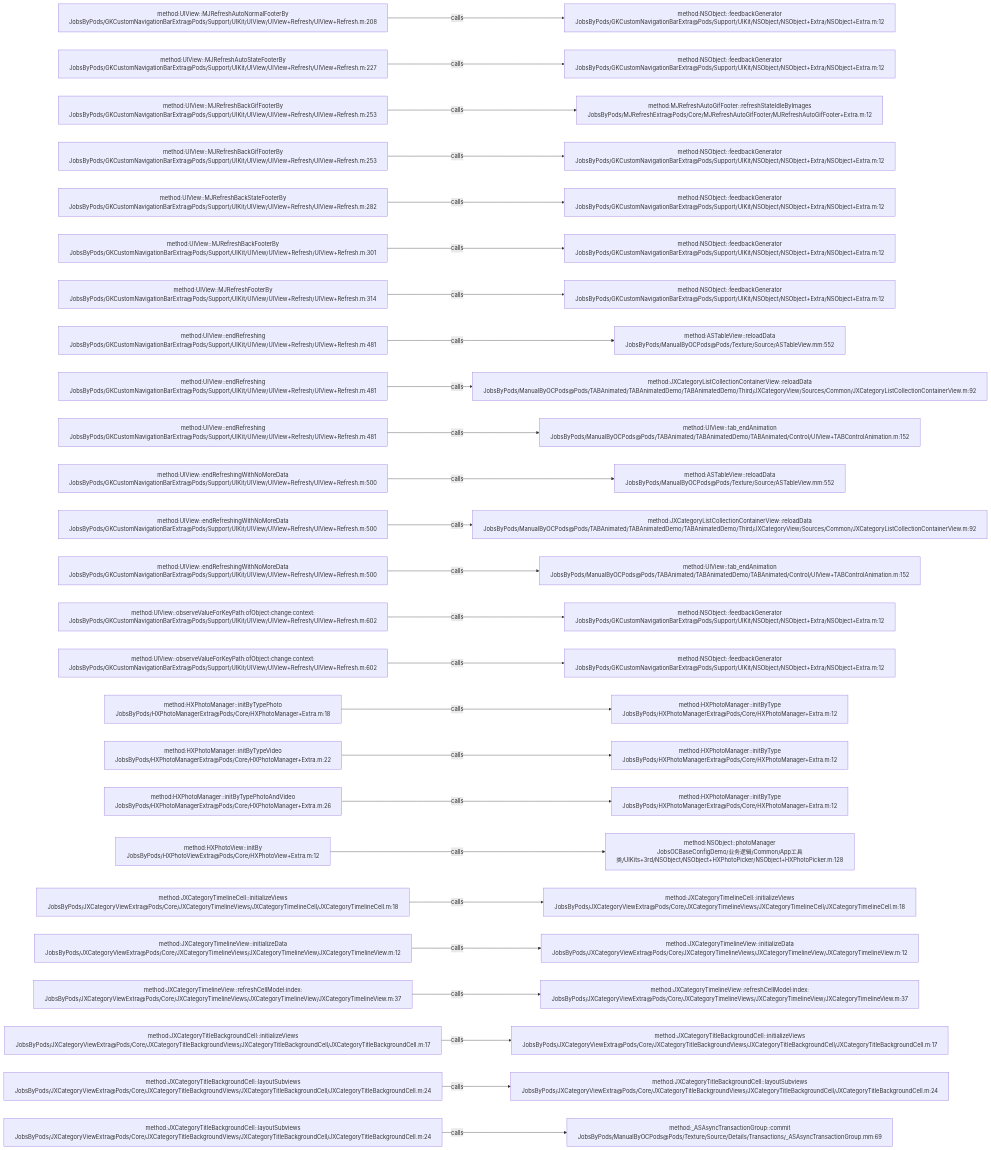
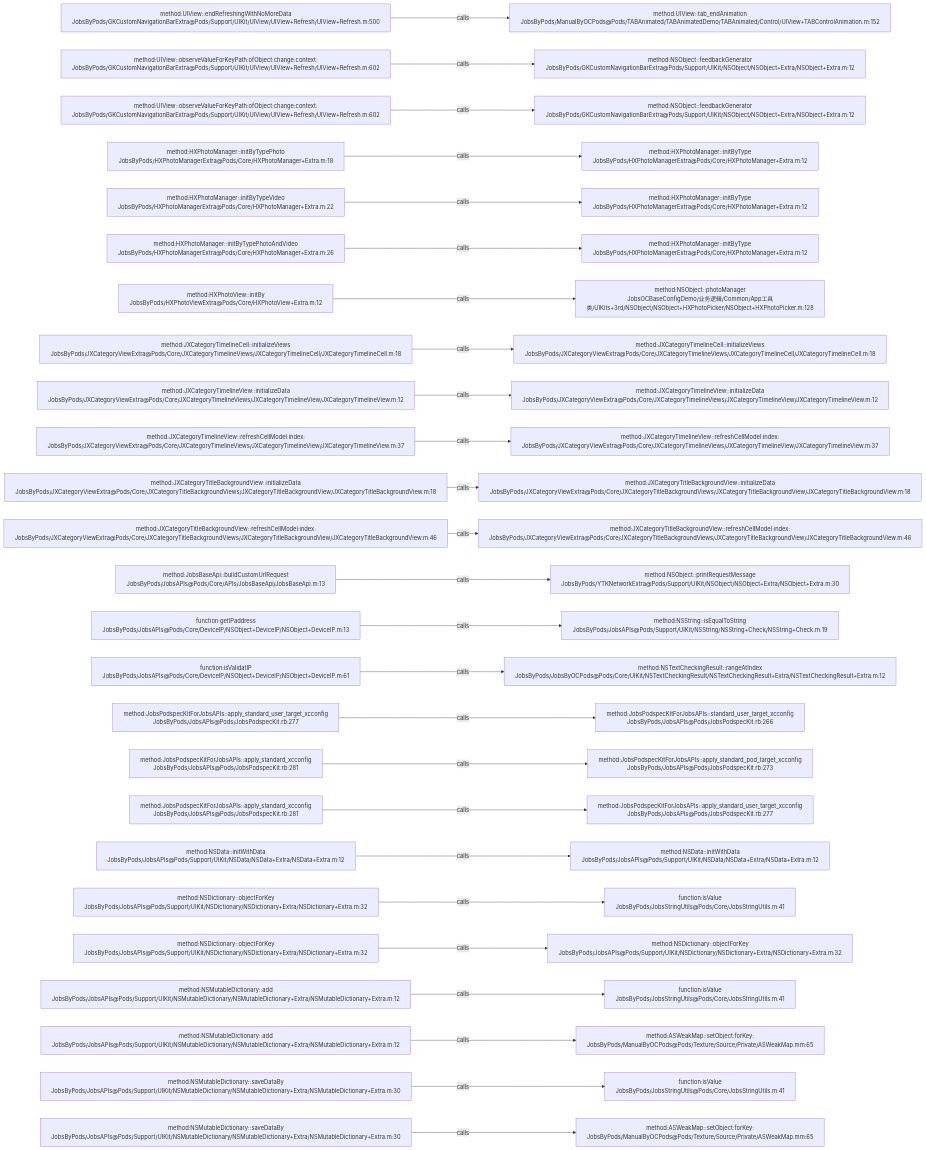
The diagram in .codegraph/codegraph.md/graphs/calls-011.md (JobsKits/JobsOCBaseConfigDemo), drawn with Mermaid before and after one commit. The commit also changed 639 other files, not shown here.

````diff
--- a/.codegraph/codegraph.md/graphs/calls-011.md
+++ b/.codegraph/codegraph.md/graphs/calls-011.md
@@ -13,78 +13,78 @@
 ```mermaid
 flowchart LR
-  S1["method:UIView::MJRefreshAutoNormalFooterBy<br/>JobsByPods/GKCustomNavigationBarExtra@Pods/Support/UIKit/UIView/UIView+Refresh/UIView+Refresh.m:208"]
-  T1["method:NSObject::feedbackGenerator<br/>JobsByPods/GKCustomNavigationBarExtra@Pods/Support/UIKit/NSObject/NSObject+Extra/NSObject+Extra.m:12"]
+  S1["method:UIView::endRefreshingWithNoMoreData<br/>JobsByPods/GKCustomNavigationBarExtra@Pods/Support/UIKit/UIView/UIView+Refresh/UIView+Refresh.m:500"]
+  T1["method:UIView::tab_endAnimation<br/>JobsByPods/ManualByOCPods@Pods/TABAnimated/TABAnimatedDemo/TABAnimated/Control/UIView+TABControlAnimation.m:152"]
   S1 -->|calls| T1
-  S2["method:UIView::MJRefreshAutoStateFooterBy<br/>JobsByPods/GKCustomNavigationBarExtra@Pods/Support/UIKit/UIView/UIView+Refresh/UIView+Refresh.m:227"]
+  S2["method:UIView::observeValueForKeyPath:ofObject:change:context:<br/>JobsByPods/GKCustomNavigationBarExtra@Pods/Support/UIKit/UIView/UIView+Refresh/UIView+Refresh.m:602"]
   T2["method:NSObject::feedbackGenerator<br/>JobsByPods/GKCustomNavigationBarExtra@Pods/Support/UIKit/NSObject/NSObject+Extra/NSObject+Extra.m:12"]
   S2 -->|calls| T2
-  S3["method:UIView::MJRefreshBackGifFooterBy<br/>JobsByPods/GKCustomNavigationBarExtra@Pods/Support/UIKit/UIView/UIView+Refresh/UIView+Refresh.m:253"]
-  T3["method:MJRefreshAutoGifFooter::refreshStateIdleByImages<br/>JobsByPods/MJRefreshExtra@Pods/Core/MJRefreshAutoGifFooter/MJRefreshAutoGifFooter+Extra.m:12"]
+  S3["method:UIView::observeValueForKeyPath:ofObject:change:context:<br/>JobsByPods/GKCustomNavigationBarExtra@Pods/Support/UIKit/UIView/UIView+Refresh/UIView+Refresh.m:602"]
+  T3["method:NSObject::feedbackGenerator<br/>JobsByPods/GKCustomNavigationBarExtra@Pods/Support/UIKit/NSObject/NSObject+Extra/NSObject+Extra.m:12"]
   S3 -->|calls| T3
-  S4["method:UIView::MJRefreshBackGifFooterBy<br/>JobsByPods/GKCustomNavigationBarExtra@Pods/Support/UIKit/UIView/UIView+Refresh/UIView+Refresh.m:253"]
-  T4["method:NSObject::feedbackGenerator<br/>JobsByPods/GKCustomNavigationBarExtra@Pods/Support/UIKit/NSObject/NSObject+Extra/NSObject+Extra.m:12"]
+  S4["method:HXPhotoManager::initByTypePhoto<br/>JobsByPods/HXPhotoManagerExtra@Pods/Core/HXPhotoManager+Extra.m:18"]
+  T4["method:HXPhotoManager::initByType<br/>JobsByPods/HXPhotoManagerExtra@Pods/Core/HXPhotoManager+Extra.m:12"]
   S4 -->|calls| T4
-  S5["method:UIView::MJRefreshBackStateFooterBy<br/>JobsByPods/GKCustomNavigationBarExtra@Pods/Support/UIKit/UIView/UIView+Refresh/UIView+Refresh.m:282"]
-  T5["method:NSObject::feedbackGenerator<br/>JobsByPods/GKCustomNavigationBarExtra@Pods/Support/UIKit/NSObject/NSObject+Extra/NSObject+Extra.m:12"]
+  S5["method:HXPhotoManager::initByTypeVideo<br/>JobsByPods/HXPhotoManagerExtra@Pods/Core/HXPhotoManager+Extra.m:22"]
+  T5["method:HXPhotoManager::initByType<br/>JobsByPods/HXPhotoManagerExtra@Pods/Core/HXPhotoManager+Extra.m:12"]
   S5 -->|calls| T5
-  S6["method:UIView::MJRefreshBackFooterBy<br/>JobsByPods/GKCustomNavigationBarExtra@Pods/Support/UIKit/UIView/UIView+Refresh/UIView+Refresh.m:301"]
-  T6["method:NSObject::feedbackGenerator<br/>JobsByPods/GKCustomNavigationBarExtra@Pods/Support/UIKit/NSObject/NSObject+Extra/NSObject+Extra.m:12"]
+  S6["method:HXPhotoManager::initByTypePhotoAndVideo<br/>JobsByPods/HXPhotoManagerExtra@Pods/Core/HXPhotoManager+Extra.m:26"]
+  T6["method:HXPhotoManager::initByType<br/>JobsByPods/HXPhotoManagerExtra@Pods/Core/HXPhotoManager+Extra.m:12"]
   S6 -->|calls| T6
-  S7["method:UIView::MJRefreshFooterBy<br/>JobsByPods/GKCustomNavigationBarExtra@Pods/Support/UIKit/UIView/UIView+Refresh/UIView+Refresh.m:314"]
-  T7["method:NSObject::feedbackGenerator<br/>JobsByPods/GKCustomNavigationBarExtra@Pods/Support/UIKit/NSObject/NSObject+Extra/NSObject+Extra.m:12"]
+  S7["method:HXPhotoView::initBy<br/>JobsByPods/HXPhotoViewExtra@Pods/Core/HXPhotoView+Extra.m:12"]
+  T7["method:NSObject::photoManager<br/>JobsOCBaseConfigDemo/业务逻辑/Common/App工具类/UIKits+3rd/NSObject/NSObject+HXPhotoPicker/NSObject+HXPhotoPicker.m:128"]
   S7 -->|calls| T7
-  S8["method:UIView::endRefreshing<br/>JobsByPods/GKCustomNavigationBarExtra@Pods/Support/UIKit/UIView/UIView+Refresh/UIView+Refresh.m:481"]
-  T8["method:ASTableView::reloadData<br/>JobsByPods/ManualByOCPods@Pods/Texture/Source/ASTableView.mm:552"]
+  S8["method:JXCategoryTimelineCell::initializeViews<br/>JobsByPods/JXCategoryViewExtra@Pods/Core/JXCategoryTimelineViews/JXCategoryTimelineCell/JXCategoryTimelineCell.m:18"]
+  T8["method:JXCategoryTimelineCell::initializeViews<br/>JobsByPods/JXCategoryViewExtra@Pods/Core/JXCategoryTimelineViews/JXCategoryTimelineCell/JXCategoryTimelineCell.m:18"]
   S8 -->|calls| T8
-  S9["method:UIView::endRefreshing<br/>JobsByPods/GKCustomNavigationBarExtra@Pods/Support/UIKit/UIView/UIView+Refresh/UIView+Refresh.m:481"]
-  T9["method:JXCategoryListCollectionContainerView::reloadData<br/>JobsByPods/ManualByOCPods@Pods/TABAnimated/TABAnimatedDemo/TABAnimatedDemo/Third/JXCategoryView/Sources/Common/JXCategoryListCollectionContainerView.m:92"]
+  S9["method:JXCategoryTimelineView::initializeData<br/>JobsByPods/JXCategoryViewExtra@Pods/Core/JXCategoryTimelineViews/JXCategoryTimelineView/JXCategoryTimelineView.m:12"]
+  T9["method:JXCategoryTimelineView::initializeData<br/>JobsByPods/JXCategoryViewExtra@Pods/Core/JXCategoryTimelineViews/JXCategoryTimelineView/JXCategoryTimelineView.m:12"]
   S9 -->|calls| T9
-  S10["method:UIView::endRefreshing<br/>JobsByPods/GKCustomNavigationBarExtra@Pods/Support/UIKit/UIView/UIView+Refresh/UIView+Refresh.m:481"]
-  T10["method:UIView::tab_endAnimation<br/>JobsByPods/ManualByOCPods@Pods/TABAnimated/TABAnimatedDemo/TABAnimated/Control/UIView+TABControlAnimation.m:152"]
+  S10["method:JXCategoryTimelineView::refreshCellModel:index:<br/>JobsByPods/JXCategoryViewExtra@Pods/Core/JXCategoryTimelineViews/JXCategoryTimelineView/JXCategoryTimelineView.m:37"]
+  T10["method:JXCategoryTimelineView::refreshCellModel:index:<br/>JobsByPods/JXCategoryViewExtra@Pods/Core/JXCategoryTimelineViews/JXCategoryTimelineView/JXCategoryTimelineView.m:37"]
   S10 -->|calls| T10
-  S11["method:UIView::endRefreshingWithNoMoreData<br/>JobsByPods/GKCustomNavigationBarExtra@Pods/Support/UIKit/UIView/UIView+Refresh/UIView+Refresh.m:500"]
-  T11["method:ASTableView::reloadData<br/>JobsByPods/ManualByOCPods@Pods/Texture/Source/ASTableView.mm:552"]
+  S11["method:JXCategoryTitleBackgroundView::initializeData<br/>JobsByPods/JXCategoryViewExtra@Pods/Core/JXCategoryTitleBackgroundViews/JXCategoryTitleBackgroundView/JXCategoryTitleBackgroundView.m:18"]
+  T11["method:JXCategoryTitleBackgroundView::initializeData<br/>JobsByPods/JXCategoryViewExtra@Pods/Core/JXCategoryTitleBackgroundViews/JXCategoryTitleBackgroundView/JXCategoryTitleBackgroundView.m:18"]
   S11 -->|calls| T11
-  S12["method:UIView::endRefreshingWithNoMoreData<br/>JobsByPods/GKCustomNavigationBarExtra@Pods/Support/UIKit/UIView/UIView+Refresh/UIView+Refresh.m:500"]
-  T12["method:JXCategoryListCollectionContainerView::reloadData<br/>JobsByPods/ManualByOCPods@Pods/TABAnimated/TABAnimatedDemo/TABAnimatedDemo/Third/JXCategoryView/Sources/Common/JXCategoryListCollectionContainerView.m:92"]
+  S12["method:JXCategoryTitleBackgroundView::refreshCellModel:index:<br/>JobsByPods/JXCategoryViewExtra@Pods/Core/JXCategoryTitleBackgroundViews/JXCategoryTitleBackgroundView/JXCategoryTitleBackgroundView.m:46"]
+  T12["method:JXCategoryTitleBackgroundView::refreshCellModel:index:<br/>JobsByPods/JXCategoryViewExtra@Pods/Core/JXCategoryTitleBackgroundViews/JXCategoryTitleBackgroundView/JXCategoryTitleBackgroundView.m:46"]
   S12 -->|calls| T12
-  S13["method:UIView::endRefreshingWithNoMoreData<br/>JobsByPods/GKCustomNavigationBarExtra@Pods/Support/UIKit/UIView/UIView+Refresh/UIView+Refresh.m:500"]
-  T13["method:UIView::tab_endAnimation<br/>JobsByPods/ManualByOCPods@Pods/TABAnimated/TABAnimatedDemo/TABAnimated/Control/UIView+TABControlAnimation.m:152"]
+  S13["method:JobsBaseApi::buildCustomUrlRequest<br/>JobsByPods/JobsAPIs@Pods/Core/APIs/JobsBaseApi/JobsBaseApi.m:13"]
+  T13["method:NSObject::printRequestMessage<br/>JobsByPods/YTKNetworkExtra@Pods/Support/UIKit/NSObject/NSObject+Extra/NSObject+Extra.m:30"]
   S13 -->|calls| T13
-  S14["method:UIView::observeValueForKeyPath:ofObject:change:context:<br/>JobsByPods/GKCustomNavigationBarExtra@Pods/Support/UIKit/UIView/UIView+Refresh/UIView+Refresh.m:602"]
-  T14["method:NSObject::feedbackGenerator<br/>JobsByPods/GKCustomNavigationBarExtra@Pods/Support/UIKit/NSObject/NSObject+Extra/NSObject+Extra.m:12"]
+  S14["function:getIPaddress<br/>JobsByPods/JobsAPIs@Pods/Core/DeviceIP/NSObject+DeviceIP/NSObject+DeviceIP.m:13"]
+  T14["method:NSString::isEqualToString<br/>JobsByPods/JobsAPIs@Pods/Support/UIKit/NSString/NSString+Check/NSString+Check.m:19"]
   S14 -->|calls| T14
-  S15["method:UIView::observeValueForKeyPath:ofObject:change:context:<br/>JobsByPods/GKCustomNavigationBarExtra@Pods/Support/UIKit/UIView/UIView+Refresh/UIView+Refresh.m:602"]
-  T15["method:NSObject::feedbackGenerator<br/>JobsByPods/GKCustomNavigationBarExtra@Pods/Support/UIKit/NSObject/NSObject+Extra/NSObject+Extra.m:12"]
+  S15["function:isValidatIP<br/>JobsByPods/JobsAPIs@Pods/Core/DeviceIP/NSObject+DeviceIP/NSObject+DeviceIP.m:61"]
+  T15["method:NSTextCheckingResult::rangeAtIndex<br/>JobsByPods/JobsByOCPods@Pods/Core/UIKit/NSTextCheckingResult/NSTextCheckingResult+Extra/NSTextCheckingResult+Extra.m:12"]
   S15 -->|calls| T15
-  S16["method:HXPhotoManager::initByTypePhoto<br/>JobsByPods/HXPhotoManagerExtra@Pods/Core/HXPhotoManager+Extra.m:18"]
-  T16["method:HXPhotoManager::initByType<br/>JobsByPods/HXPhotoManagerExtra@Pods/Core/HXPhotoManager+Extra.m:12"]
+  S16["method:JobsPodspecKitForJobsAPIs::apply_standard_user_target_xcconfig<br/>JobsByPods/JobsAPIs@Pods/JobsPodspecKit.rb:277"]
+  T16["method:JobsPodspecKitForJobsAPIs::standard_user_target_xcconfig<br/>JobsByPods/JobsAPIs@Pods/JobsPodspecKit.rb:266"]
   S16 -->|calls| T16
-  S17["method:HXPhotoManager::initByTypeVideo<br/>JobsByPods/HXPhotoManagerExtra@Pods/Core/HXPhotoManager+Extra.m:22"]
-  T17["method:HXPhotoManager::initByType<br/>JobsByPods/HXPhotoManagerExtra@Pods/Core/HXPhotoManager+Extra.m:12"]
+  S17["method:JobsPodspecKitForJobsAPIs::apply_standard_xcconfig<br/>JobsByPods/JobsAPIs@Pods/JobsPodspecKit.rb:281"]
+  T17["method:JobsPodspecKitForJobsAPIs::apply_standard_pod_target_xcconfig<br/>JobsByPods/JobsAPIs@Pods/JobsPodspecKit.rb:273"]
   S17 -->|calls| T17
-  S18["method:HXPhotoManager::initByTypePhotoAndVideo<br/>JobsByPods/HXPhotoManagerExtra@Pods/Core/HXPhotoManager+Extra.m:26"]
-  T18["method:HXPhotoManager::initByType<br/>JobsByPods/HXPhotoManagerExtra@Pods/Core/HXPhotoManager+Extra.m:12"]
+  S18["method:JobsPodspecKitForJobsAPIs::apply_standard_xcconfig<br/>JobsByPods/JobsAPIs@Pods/JobsPodspecKit.rb:281"]
+  T18["method:JobsPodspecKitForJobsAPIs::apply_standard_user_target_xcconfig<br/>JobsByPods/JobsAPIs@Pods/JobsPodspecKit.rb:277"]
   S18 -->|calls| T18
-  S19["method:HXPhotoView::initBy<br/>JobsByPods/HXPhotoViewExtra@Pods/Core/HXPhotoView+Extra.m:12"]
-  T19["method:NSObject::photoManager<br/>JobsOCBaseConfigDemo/业务逻辑/Common/App工具类/UIKits+3rd/NSObject/NSObject+HXPhotoPicker/NSObject+HXPhotoPicker.m:128"]
+  S19["method:NSData::initWithData<br/>JobsByPods/JobsAPIs@Pods/Support/UIKit/NSData/NSData+Extra/NSData+Extra.m:12"]
+  T19["method:NSData::initWithData<br/>JobsByPods/JobsAPIs@Pods/Support/UIKit/NSData/NSData+Extra/NSData+Extra.m:12"]
   S19 -->|calls| T19
-  S20["method:JXCategoryTimelineCell::initializeViews<br/>JobsByPods/JXCategoryViewExtra@Pods/Core/JXCategoryTimelineViews/JXCategoryTimelineCell/JXCategoryTimelineCell.m:18"]
-  T20["method:JXCategoryTimelineCell::initializeViews<br/>JobsByPods/JXCategoryViewExtra@Pods/Core/JXCategoryTimelineViews/JXCategoryTimelineCell/JXCategoryTimelineCell.m:18"]
+  S20["method:NSDictionary::objectForKey<br/>JobsByPods/JobsAPIs@Pods/Support/UIKit/NSDictionary/NSDictionary+Extra/NSDictionary+Extra.m:32"]
+  T20["function:isValue<br/>JobsByPods/JobsStringUtils@Pods/Core/JobsStringUtils.m:41"]
   S20 -->|calls| T20
-  S21["method:JXCategoryTimelineView::initializeData<br/>JobsByPods/JXCategoryViewExtra@Pods/Core/JXCategoryTimelineViews/JXCategoryTimelineView/JXCategoryTimelineView.m:12"]
-  T21["method:JXCategoryTimelineView::initializeData<br/>JobsByPods/JXCategoryViewExtra@Pods/Core/JXCategoryTimelineViews/JXCategoryTimelineView/JXCategoryTimelineView.m:12"]
+  S21["method:NSDictionary::objectForKey<br/>JobsByPods/JobsAPIs@Pods/Support/UIKit/NSDictionary/NSDictionary+Extra/NSDictionary+Extra.m:32"]
+  T21["method:NSDictionary::objectForKey<br/>JobsByPods/JobsAPIs@Pods/Support/UIKit/NSDictionary/NSDictionary+Extra/NSDictionary+Extra.m:32"]
   S21 -->|calls| T21
-  S22["method:JXCategoryTimelineView::refreshCellModel:index:<br/>JobsByPods/JXCategoryViewExtra@Pods/Core/JXCategoryTimelineViews/JXCategoryTimelineView/JXCategoryTimelineView.m:37"]
-  T22["method:JXCategoryTimelineView::refreshCellModel:index:<br/>JobsByPods/JXCategoryViewExtra@Pods/Core/JXCategoryTimelineViews/JXCategoryTimelineView/JXCategoryTimelineView.m:37"]
+  S22["method:NSMutableDictionary::add<br/>JobsByPods/JobsAPIs@Pods/Support/UIKit/NSMutableDictionary/NSMutableDictionary+Extra/NSMutableDictionary+Extra.m:12"]
+  T22["function:isValue<br/>JobsByPods/JobsStringUtils@Pods/Core/JobsStringUtils.m:41"]
   S22 -->|calls| T22
-  S23["method:JXCategoryTitleBackgroundCell::initializeViews<br/>JobsByPods/JXCategoryViewExtra@Pods/Core/JXCategoryTitleBackgroundViews/JXCategoryTitleBackgroundCell/JXCategoryTitleBackgroundCell.m:17"]
-  T23["method:JXCategoryTitleBackgroundCell::initializeViews<br/>JobsByPods/JXCategoryViewExtra@Pods/Core/JXCategoryTitleBackgroundViews/JXCategoryTitleBackgroundCell/JXCategoryTitleBackgroundCell.m:17"]
+  S23["method:NSMutableDictionary::add<br/>JobsByPods/JobsAPIs@Pods/Support/UIKit/NSMutableDictionary/NSMutableDictionary+Extra/NSMutableDictionary+Extra.m:12"]
+  T23["method:ASWeakMap::setObject:forKey:<br/>JobsByPods/ManualByOCPods@Pods/Texture/Source/Private/ASWeakMap.mm:65"]
   S23 -->|calls| T23
-  S24["method:JXCategoryTitleBackgroundCell::layoutSubviews<br/>JobsByPods/JXCategoryViewExtra@Pods/Core/JXCategoryTitleBackgroundViews/JXCategoryTitleBackgroundCell/JXCategoryTitleBackgroundCell.m:24"]
-  T24["method:JXCategoryTitleBackgroundCell::layoutSubviews<br/>JobsByPods/JXCategoryViewExtra@Pods/Core/JXCategoryTitleBackgroundViews/JXCategoryTitleBackgroundCell/JXCategoryTitleBackgroundCell.m:24"]
+  S24["method:NSMutableDictionary::saveDataBy<br/>JobsByPods/JobsAPIs@Pods/Support/UIKit/NSMutableDictionary/NSMutableDictionary+Extra/NSMutableDictionary+Extra.m:30"]
+  T24["function:isValue<br/>JobsByPods/JobsStringUtils@Pods/Core/JobsStringUtils.m:41"]
   S24 -->|calls| T24
-  S25["method:JXCategoryTitleBackgroundCell::layoutSubviews<br/>JobsByPods/JXCategoryViewExtra@Pods/Core/JXCategoryTitleBackgroundViews/JXCategoryTitleBackgroundCell/JXCategoryTitleBackgroundCell.m:24"]
-  T25["method:_ASAsyncTransactionGroup::commit<br/>JobsByPods/ManualByOCPods@Pods/Texture/Source/Details/Transactions/_ASAsyncTransactionGroup.mm:69"]
+  S25["method:NSMutableDictionary::saveDataBy<br/>JobsByPods/JobsAPIs@Pods/Support/UIKit/NSMutableDictionary/NSMutableDictionary+Extra/NSMutableDictionary+Extra.m:30"]
+  T25["method:ASWeakMap::setObject:forKey:<br/>JobsByPods/ManualByOCPods@Pods/Texture/Source/Private/ASWeakMap.mm:65"]
   S25 -->|calls| T25
 ```
````
